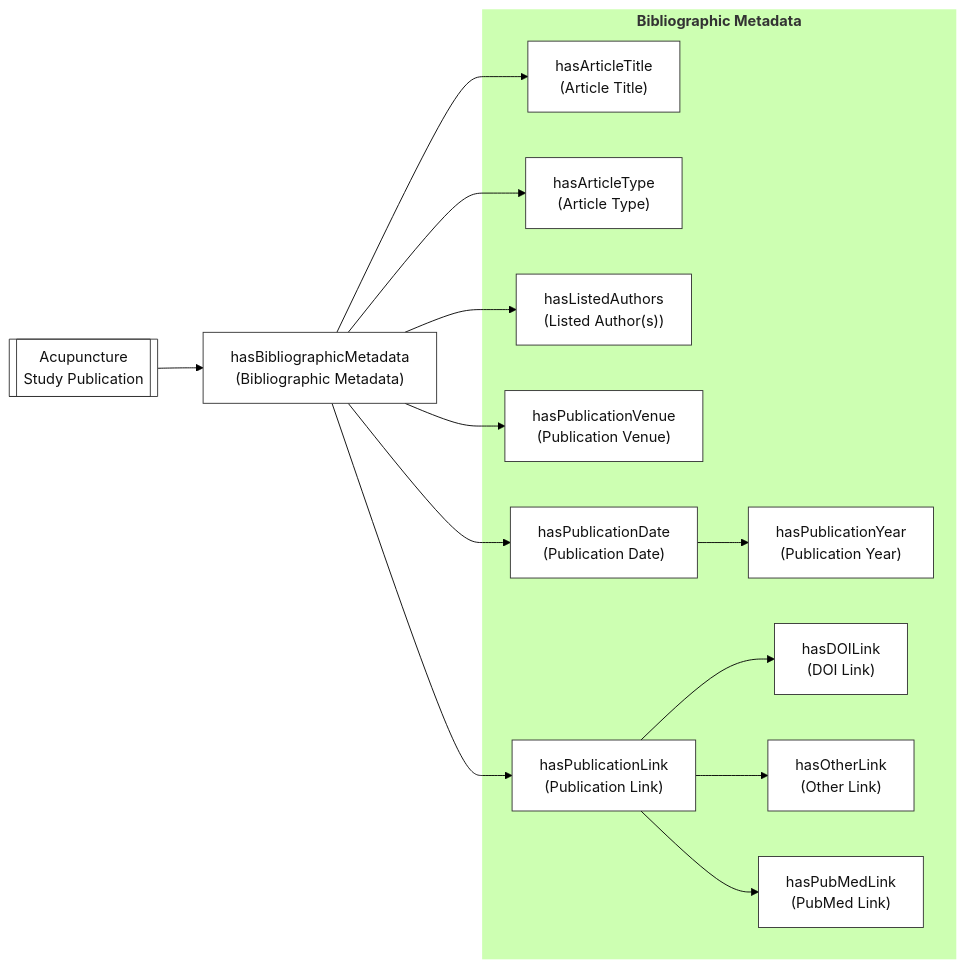
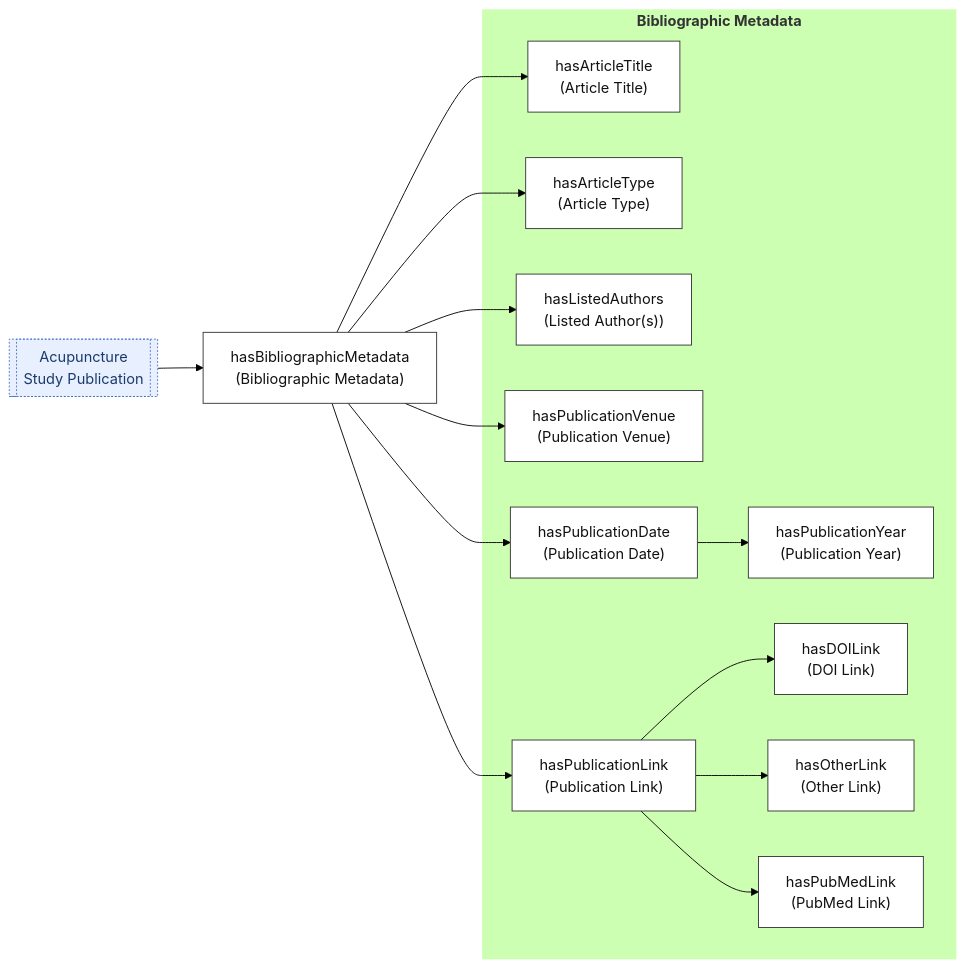
The third of 6 diagrams in ontology-files/base/articles-kb/articles-kb-core/README.md (smtifahim/TARA-Ontology-Repository), drawn with Mermaid (forest theme) before and after one commit. The commit also changed other lines of this file, not shown here.

````diff
--- a/ontology-files/base/articles-kb/articles-kb-core/README.md
+++ b/ontology-files/base/articles-kb/articles-kb-core/README.md
@@ -78,36 +78,36 @@
 ```mermaid
 flowchart LR
     classDef group fill:#eee,stroke:#999,stroke-dasharray: 3 3,color:#555
     classDef field fill:#ffffff,stroke:#333,color:#111
     classDef linked fill:#e8f0ff,stroke:#4472c4,stroke-dasharray: 2 2,color:#1a3a6b
     style BIB_FIELDS stroke:none
 
-    PUB[["Acupuncture<br>Study Publication"]]:::field
+    PUB[["Acupuncture<br>Study Publication"]]:::linked
     BIB["hasBibliographicMetadata<br/>(Bibliographic Metadata)"]:::field
 
     subgraph BIB_FIELDS ["<b>Bibliographic Metadata</b>"]
         TITLE["hasArticleTitle<br/>(Article Title)"]:::field
         ATYPE["hasArticleType<br/>(Article Type)"]:::field
         AUTH["hasListedAuthors<br/>(Listed Author(s))"]:::field
         PVENUE["hasPublicationVenue<br/>(Publication Venue)"]:::field
         PDATE["hasPublicationDate<br/>(Publication Date)"]:::field
         LINK["hasPublicationLink<br/>(Publication Link)"]:::field
     
         PYEAR["hasPublicationYear<br/>(Publication Year)"]:::field
         DOI["hasDOILink<br/>(DOI Link)"]:::field
         OTHER["hasOtherLink<br/>(Other Link)"]:::field
         PUBMED["hasPubMedLink<br/>(PubMed Link)"]:::field
     end
 
     PUB --> BIB
     BIB --> ATYPE
     BIB --> TITLE
     BIB --> AUTH
     BIB --> PDATE --> PYEAR
     BIB --> PVENUE
 
     BIB --> LINK
             LINK --> DOI
             LINK --> OTHER
             LINK --> PUBMED
 ```
````
